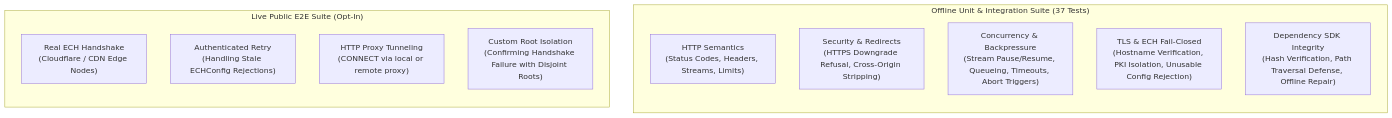
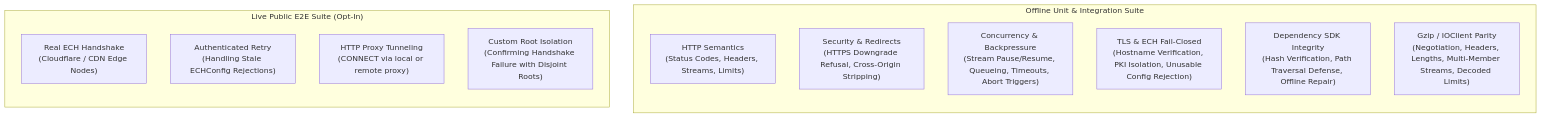
Before and after one commit to Predidit/ech_http: the diagram in doc/verification.md, drawn with Mermaid. The commit also changed other lines of this file and 22 other files, not shown here.

````diff
--- a/doc/verification.md
+++ b/doc/verification.md
@@ -57,19 +57,20 @@
 ```mermaid
 flowchart TD
-    subgraph OfflineSuite["Offline Unit & Integration Suite (37 Tests)"]
+    subgraph OfflineSuite["Offline Unit & Integration Suite"]
         direction TB
         T1["HTTP Semantics\n(Status Codes, Headers, Streams, Limits)"]
         T2["Security & Redirects\n(HTTPS Downgrade Refusal, Cross-Origin Stripping)"]
         T3["Concurrency & Backpressure\n(Stream Pause/Resume, Queueing, Timeouts, Abort Triggers)"]
         T4["TLS & ECH Fail-Closed\n(Hostname Verification, PKI Isolation, Unusable Config Rejection)"]
         T5["Dependency SDK Integrity\n(Hash Verification, Path Traversal Defense, Offline Repair)"]
+        T6["Gzip / IOClient Parity\n(Negotiation, Headers, Lengths, Multi-Member Streams, Decoded Limits)"]
     end
 
     subgraph LiveSuite["Live Public E2E Suite (Opt-In)"]
         direction TB
         L1["Real ECH Handshake\n(Cloudflare / CDN Edge Nodes)"]
         L2["Authenticated Retry\n(Handling Stale ECHConfig Rejections)"]
         L3["HTTP Proxy Tunneling\n(CONNECT via local or remote proxy)"]
         L4["Custom Root Isolation\n(Confirming Handshake Failure with Disjoint Roots)"]
     end
 ```
````
